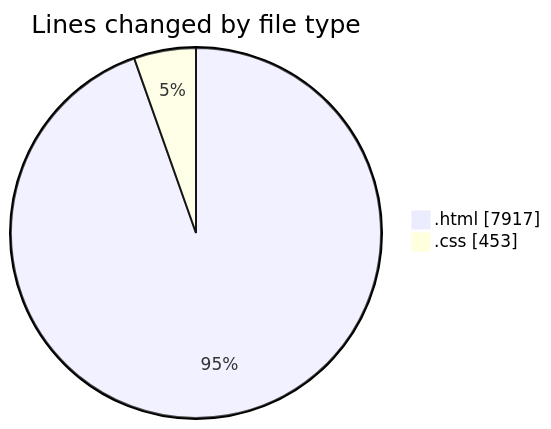
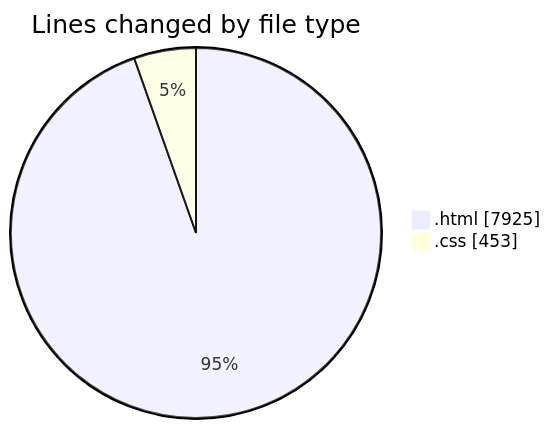
One commit to nxtqubesakshisongat/code-tracking changed the first of 2 diagrams in 2025-08-09/nxtqube_webapp/README.md. Above: the diagram before and after it, drawn with Mermaid. The commit also changed other lines of this file and 1 other file, not shown here.

````diff
--- a/2025-08-09/nxtqube_webapp/README.md
+++ b/2025-08-09/nxtqube_webapp/README.md
@@ -23,6 +23,6 @@
 ```mermaid
 pie showData
 title Lines changed by file type
-".html" : 7917
+".html" : 7925
 ".css" : 453
 ```
````
